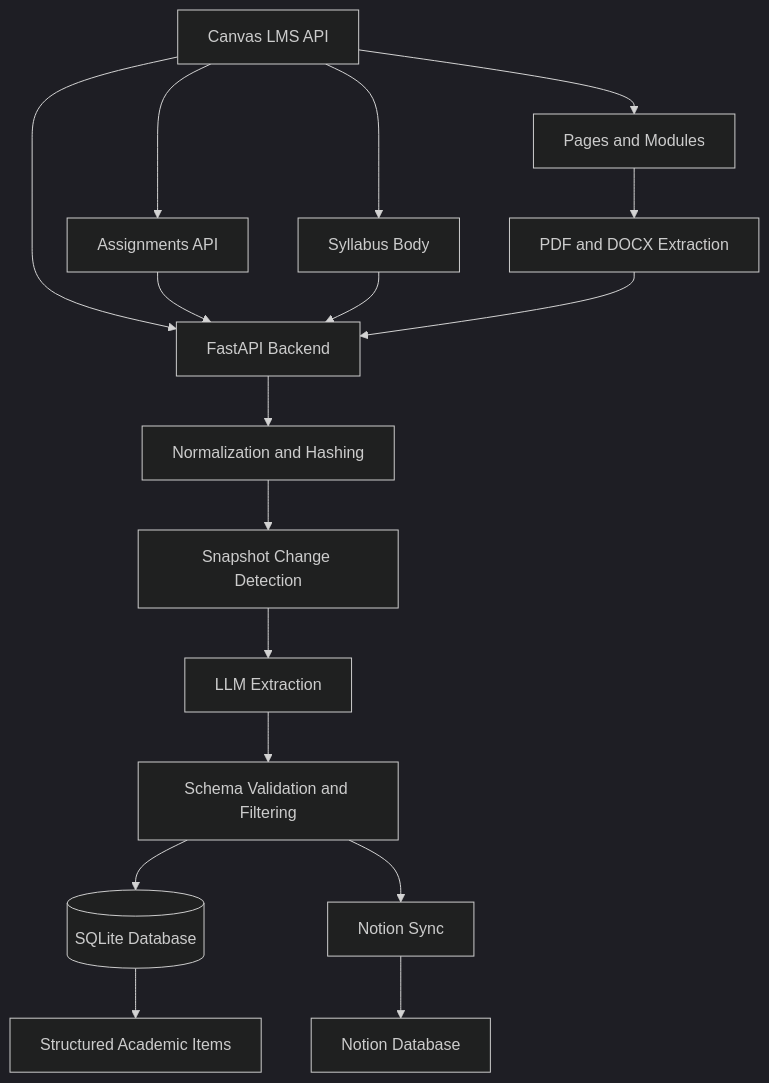
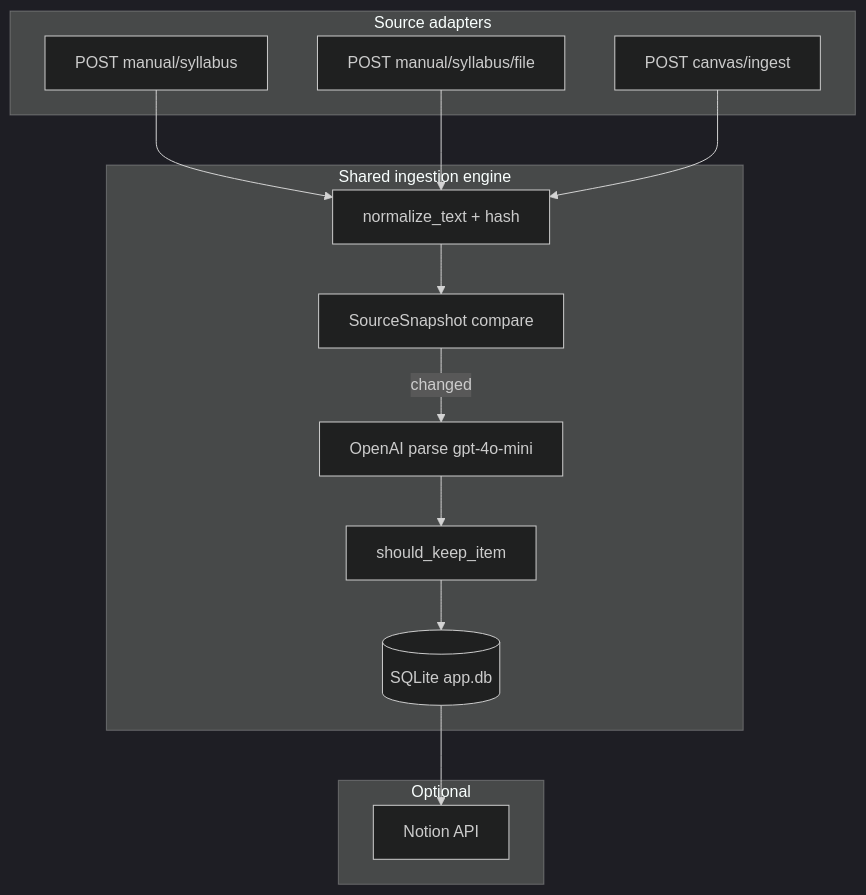
Before and after one commit to cweb-codeski/canvas-intelligence: the diagram in README.md, drawn with Mermaid (dark theme). The commit also changed other lines of this file, not shown here.

Commit message:
Update README for manual-first academic planner API

````diff
--- a/README.md
+++ b/README.md
@@ -19,24 +65,28 @@
 ```mermaid
 flowchart TD
-    A[Canvas LMS API] --> B[FastAPI Backend]
-    A --> C[Assignments API]
-    A --> D[Syllabus Body]
-    A --> E[Pages and Modules]
-    E --> F[PDF and DOCX Extraction]
+  subgraph adapters [Source adapters]
+    ManualPaste[POST manual/syllabus]
+    ManualFile[POST manual/syllabus/file]
+    CanvasIngest[POST canvas/ingest]
+  end
 
-    C --> B
-    D --> B
-    F --> B
+  subgraph engine [Shared ingestion engine]
+    Normalize[normalize_text + hash]
+    Snapshot[SourceSnapshot compare]
+    LLM[OpenAI parse gpt-4o-mini]
+    Filter[should_keep_item]
+    Persist[(SQLite app.db)]
+  end
 
-    B --> G[Normalization and Hashing]
-    G --> H[Snapshot Change Detection]
+  subgraph optional [Optional]
+    NotionSync[Notion API]
+  end
 
-    H --> I[LLM Extraction]
-    I --> J[Schema Validation and Filtering]
-
-    J --> K[(SQLite Database)]
-    J --> L[Notion Sync]
-
-    K --> M[Structured Academic Items]
-    L --> N[Notion Database]
+  ManualPaste --> Normalize
+  ManualFile --> Normalize
+  CanvasIngest --> Normalize
+  Normalize --> Snapshot
+  Snapshot -->|changed| LLM
+  LLM --> Filter --> Persist
+  Persist --> NotionSync
 ```
````
